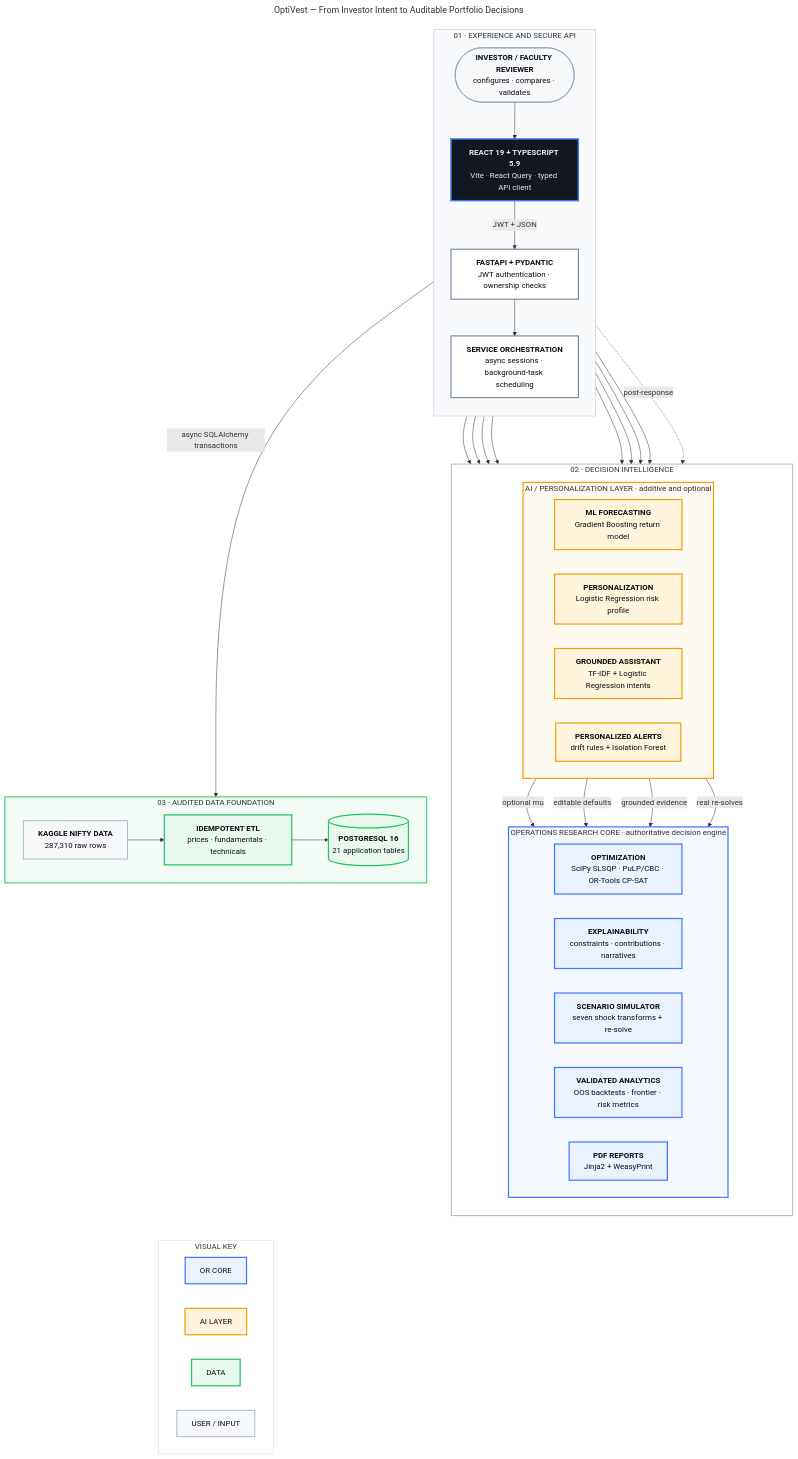
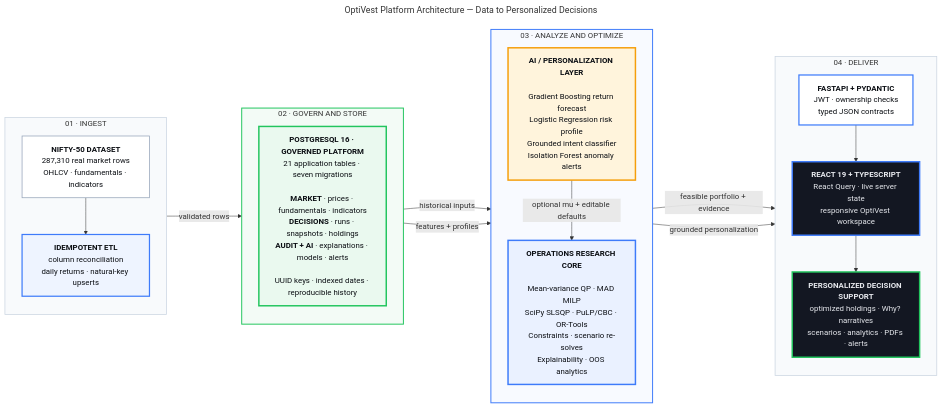
One commit to ParthrChandurkar/quantitative-portfolio-optimization-dss changed the diagram in docs/diagrams/src/system-architecture.mmd. Above: the diagram before and after it, drawn with Mermaid. The commit also changed 1 other file, not shown here.

Commit message:
docs: redesign system architecture as four-stage flow

```diff
--- a/docs/diagrams/src/system-architecture.mmd
+++ b/docs/diagrams/src/system-architecture.mmd
@@ -1,82 +1,52 @@
 ---
-title: OptiVest — From Investor Intent to Auditable Portfolio Decisions
+title: OptiVest Platform Architecture — Data to Personalized Decisions
 ---
-flowchart TB
-    subgraph ACCESS["01 · EXPERIENCE AND SECURE API"]
+flowchart LR
+    subgraph INGEST["01 · INGEST"]
         direction TB
-        USER(["<b>INVESTOR / FACULTY REVIEWER</b><br/>configures · compares · validates"]):::external
-        UI["<b>REACT 19 + TYPESCRIPT 5.9</b><br/>Vite · React Query · typed API client"]:::frontend
-        API["<b>FASTAPI + PYDANTIC</b><br/>JWT authentication · ownership checks"]:::service
-        SVC["<b>SERVICE ORCHESTRATION</b><br/>async sessions · background-task scheduling"]:::service
-
-        USER --> UI
-        UI -->|JWT + JSON| API
-        API --> SVC
+        CSV["<b>NIFTY-50 DATASET</b><br/>287,310 real market rows<br/>OHLCV · fundamentals · indicators"]:::external
+        ETL["<b>IDEMPOTENT ETL</b><br/>column reconciliation<br/>daily returns · natural-key upserts"]:::ingest
+        CSV --> ETL
     end
 
-    subgraph INTELLIGENCE["02 · DECISION INTELLIGENCE"]
+    subgraph STORE["02 · GOVERN AND STORE"]
         direction TB
-        subgraph AILAYER["AI / PERSONALIZATION LAYER · additive and optional"]
-            direction LR
-            ML["<b>ML FORECASTING</b><br/>Gradient Boosting return model"]:::ai
-            PERS["<b>PERSONALIZATION</b><br/>Logistic Regression risk profile"]:::ai
-            AST["<b>GROUNDED ASSISTANT</b><br/>TF-IDF + Logistic Regression intents"]:::ai
-            ALT["<b>PERSONALIZED ALERTS</b><br/>drift rules + Isolation Forest"]:::ai
-        end
-
-        subgraph ORCORE["OPERATIONS RESEARCH CORE · authoritative decision engine"]
-            direction LR
-            OPT["<b>OPTIMIZATION</b><br/>SciPy SLSQP · PuLP/CBC · OR-Tools CP-SAT"]:::orcore
-            EXP["<b>EXPLAINABILITY</b><br/>constraints · contributions · narratives"]:::orcore
-            SCN["<b>SCENARIO SIMULATOR</b><br/>seven shock transforms + re-solve"]:::orcore
-            ANA["<b>VALIDATED ANALYTICS</b><br/>OOS backtests · frontier · risk metrics"]:::orcore
-            REP["<b>PDF REPORTS</b><br/>Jinja2 + WeasyPrint"]:::orcore
-        end
+        DB["<b>POSTGRESQL 16 · GOVERNED PLATFORM</b><br/>21 application tables · seven migrations<br/><br/><b>MARKET</b> · prices · fundamentals · indicators<br/><b>DECISIONS</b> · runs · snapshots · holdings<br/><b>AUDIT + AI</b> · explanations · models · alerts<br/><br/>UUID keys · indexed dates · reproducible history"]:::data
     end
 
-    subgraph FOUNDATION["03 · AUDITED DATA FOUNDATION"]
-        direction LR
-        CSV["<b>KAGGLE NIFTY DATA</b><br/>287,310 raw rows"]:::external
-        ETL["<b>IDEMPOTENT ETL</b><br/>prices · fundamentals · technicals"]:::data
-        DB[("<b>POSTGRESQL 16</b><br/>21 application tables")]:::data
+    subgraph INTELLIGENCE["03 · ANALYZE AND OPTIMIZE"]
+        direction TB
+        OR["<b>OPERATIONS RESEARCH CORE</b><br/><br/>Mean-variance QP · MAD MILP<br/>SciPy SLSQP · PuLP/CBC · OR-Tools<br/>Constraints · scenario re-solves<br/>Explainability · OOS analytics"]:::orcore
+        AI["<b>AI / PERSONALIZATION LAYER</b><br/><br/>Gradient Boosting return forecast<br/>Logistic Regression risk profile<br/>Grounded intent classifier<br/>Isolation Forest anomaly alerts"]:::ai
 
-        CSV --> ETL --> DB
+        AI -->|optional mu + editable defaults| OR
     end
 
-    SVC --> OPT
-    SVC --> EXP
-    SVC --> SCN
-    SVC --> ANA
-    SVC --> REP
-    SVC --> ML
-    SVC --> PERS
-    SVC --> AST
-    SVC -. post-response .-> ALT
-    ML -->|optional mu| OPT
-    PERS -->|editable defaults| OPT
-    AST -->|grounded evidence| EXP
-    AST -->|real re-solves| SCN
-    SVC -->|async SQLAlchemy transactions| DB
+    subgraph DELIVER["04 · DELIVER"]
+        direction TB
+        API["<b>FASTAPI + PYDANTIC</b><br/>JWT · ownership checks<br/>typed JSON contracts"]:::api
+        UI["<b>REACT 19 + TYPESCRIPT</b><br/>React Query · live server state<br/>responsive OptiVest workspace"]:::frontend
+        OUT["<b>PERSONALIZED DECISION SUPPORT</b><br/>optimized holdings · Why? narratives<br/>scenarios · analytics · PDFs · alerts"]:::outcome
 
-    subgraph KEY["VISUAL KEY"]
-        direction LR
-        KOR["OR CORE"]:::orcore
-        KAI["AI LAYER"]:::ai
-        KDATA["DATA"]:::data
-        KEDGE["USER / INPUT"]:::external
+        API --> UI --> OUT
     end
 
-    DB ~~~ KOR
+    ETL -->|validated rows| DB
+    DB -->|historical inputs| OR
+    DB -->|features + profiles| AI
+    OR -->|feasible portfolio + evidence| API
+    AI -->|grounded personalization| API
 
+    classDef external fill:#FFFFFF,color:#0B0E13,stroke:#94A3B8,stroke-width:1.5px;
+    classDef ingest fill:#EEF4FF,color:#0B0E13,stroke:#3E7BFA,stroke-width:2.5px;
+    classDef data fill:#EAF9EF,color:#0B0E13,stroke:#22C55E,stroke-width:3px;
+    classDef dataCard fill:#F3FBF6,color:#0B0E13,stroke:#22C55E,stroke-width:1.7px;
+    classDef orcore fill:#EAF1FF,color:#0B0E13,stroke:#3E7BFA,stroke-width:3px;
+    classDef ai fill:#FFF4DC,color:#0B0E13,stroke:#F59E0B,stroke-width:3px;
+    classDef api fill:#FFFFFF,color:#0B0E13,stroke:#3E7BFA,stroke-width:2.5px;
     classDef frontend fill:#131722,color:#E7E9EE,stroke:#3E7BFA,stroke-width:3px;
-    classDef service fill:#FFFFFF,color:#0B0E13,stroke:#64748B,stroke-width:2px;
-    classDef orcore fill:#EAF1FF,color:#0B0E13,stroke:#3E7BFA,stroke-width:2.5px;
-    classDef ai fill:#FFF4DC,color:#0B0E13,stroke:#F59E0B,stroke-width:2.5px;
-    classDef data fill:#EAF9EF,color:#0B0E13,stroke:#22C55E,stroke-width:2.5px;
-    classDef external fill:#F7F8FA,color:#0B0E13,stroke:#94A3B8,stroke-width:1.5px;
-    style ACCESS fill:#F8FAFC,stroke:#CBD5E1,stroke-width:1.5px
-    style INTELLIGENCE fill:#FFFFFF,stroke:#94A3B8,stroke-width:1.5px
-    style ORCORE fill:#F5F8FF,stroke:#3E7BFA,stroke-width:2.5px
-    style AILAYER fill:#FFFAF0,stroke:#F59E0B,stroke-width:2.5px
-    style FOUNDATION fill:#F3FBF6,stroke:#22C55E,stroke-width:2px
-    style KEY fill:#FFFFFF,stroke:#CBD5E1,stroke-width:1px
+    classDef outcome fill:#131722,color:#E7E9EE,stroke:#22C55E,stroke-width:3px;
+    style INGEST fill:#F8FAFC,stroke:#CBD5E1,stroke-width:1.5px
+    style STORE fill:#F3FBF6,stroke:#22C55E,stroke-width:2px
+    style INTELLIGENCE fill:#F8FAFF,stroke:#3E7BFA,stroke-width:2px
+    style DELIVER fill:#F8FAFC,stroke:#CBD5E1,stroke-width:1.5px
```
